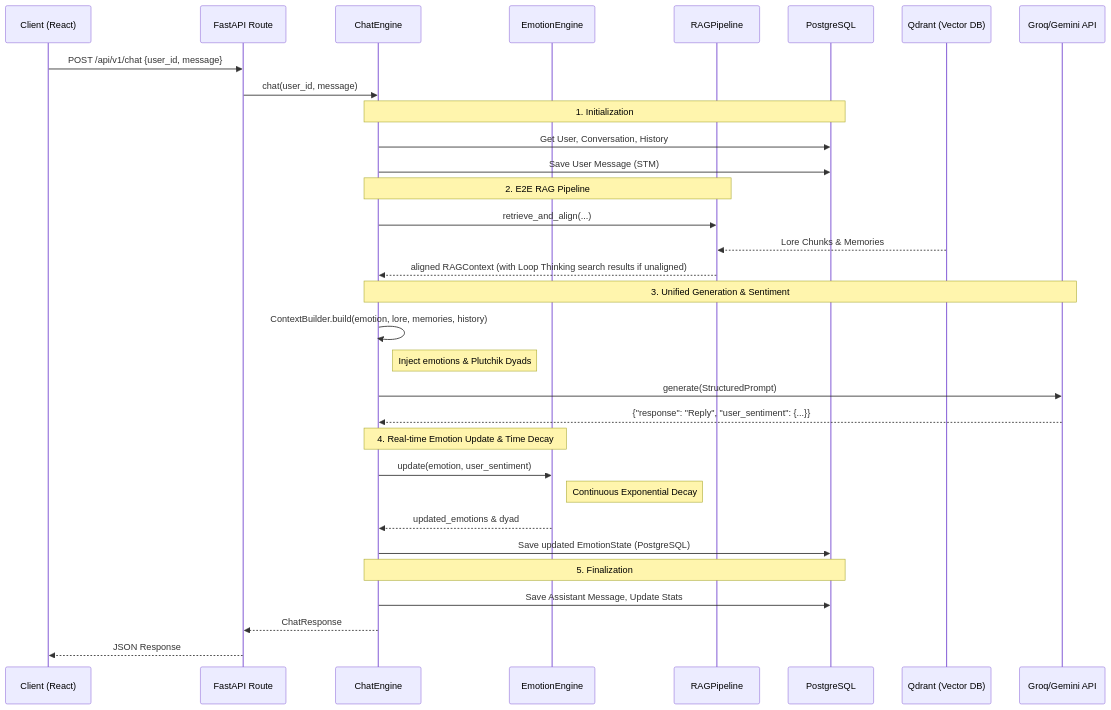
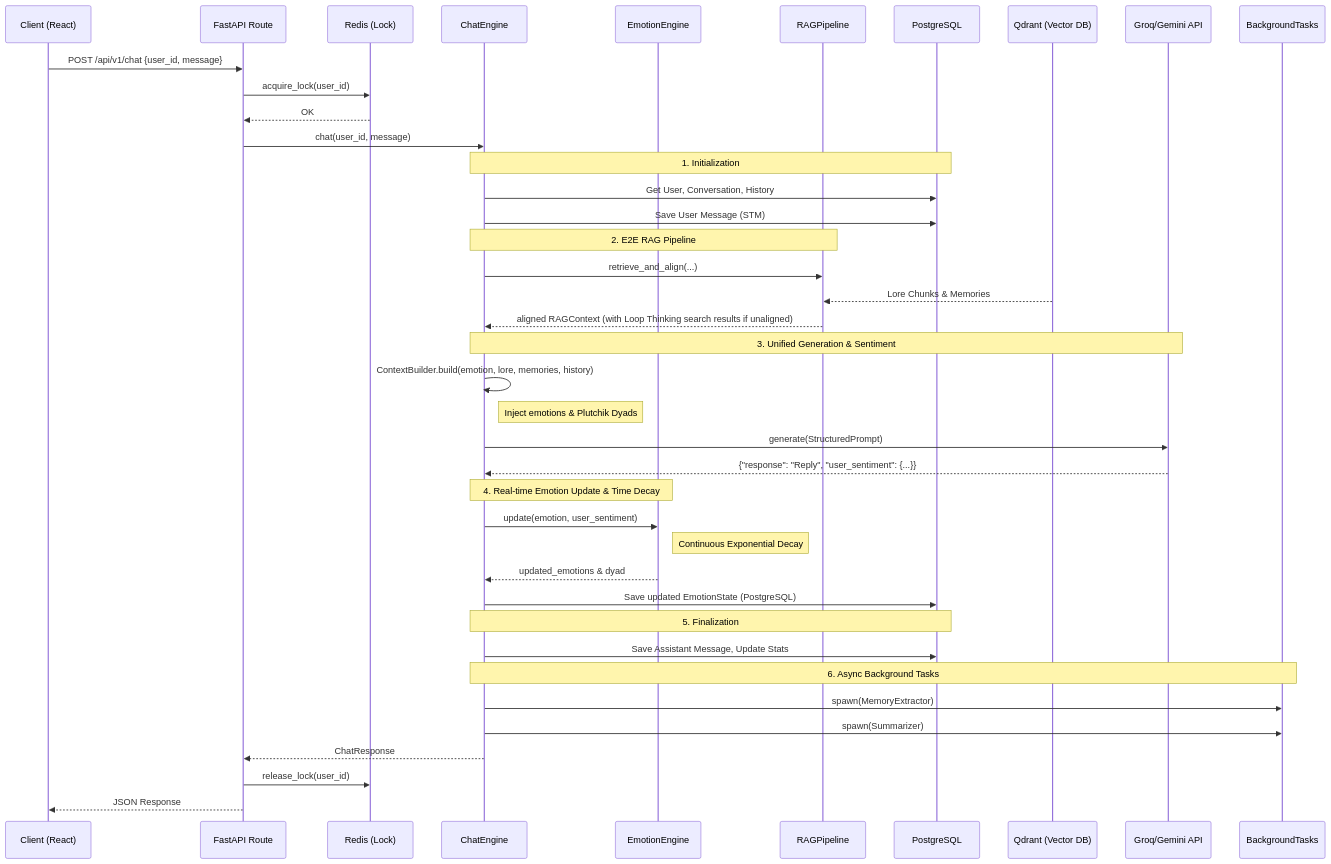
The first of 2 diagrams in WALKTHROUGH.md (HoanBuCon/Kuchiba-Chisa), drawn with Mermaid before and after one commit. The commit also changed other lines of this file and 5 other files, not shown here.

First line of the commit message:
docs: Sync system documentation with Phase 4 Clean Architecture & remove legacy scripts

````diff
--- a/WALKTHROUGH.md
+++ b/WALKTHROUGH.md
@@ -205,41 +205,50 @@
 ```mermaid
 sequenceDiagram
     participant C as Client (React)
     participant API as FastAPI Route
+    participant Redis as Redis (Lock)
     participant CE as ChatEngine
     participant EE as EmotionEngine
     participant RAG as RAGPipeline
     participant DB as PostgreSQL
     participant QD as Qdrant (Vector DB)
     participant LLM as Groq/Gemini API
+    participant BG as BackgroundTasks
     
     C->>API: POST /api/v1/chat {user_id, message}
+    API->>Redis: acquire_lock(user_id)
+    Redis-->>API: OK
     API->>CE: chat(user_id, message)
     
     Note over CE,DB: 1. Initialization
     CE->>DB: Get User, Conversation, History
     CE->>DB: Save User Message (STM)
     
     Note over CE,RAG: 2. E2E RAG Pipeline
     CE->>RAG: retrieve_and_align(...)
     QD-->>RAG: Lore Chunks & Memories
     RAG-->>CE: aligned RAGContext (with Loop Thinking search results if unaligned)
     
     Note over CE,LLM: 3. Unified Generation & Sentiment
     CE->>CE: ContextBuilder.build(emotion, lore, memories, history)
     Note right of CE: Inject emotions & Plutchik Dyads
     CE->>LLM: generate(StructuredPrompt)
     LLM-->>CE: {"response": "Reply", "user_sentiment": {...}}
     
     Note over CE,EE: 4. Real-time Emotion Update & Time Decay
     CE->>EE: update(emotion, user_sentiment)
     Note right of EE: Continuous Exponential Decay
     EE-->>CE: updated_emotions & dyad
     CE->>DB: Save updated EmotionState (PostgreSQL)
     
     Note over CE,DB: 5. Finalization
     CE->>DB: Save Assistant Message, Update Stats
     
+    Note over CE,BG: 6. Async Background Tasks
+    CE->>BG: spawn(MemoryExtractor)
+    CE->>BG: spawn(Summarizer)
+    
     CE-->>API: ChatResponse
+    API->>Redis: release_lock(user_id)
     API-->>C: JSON Response
 ```
````
